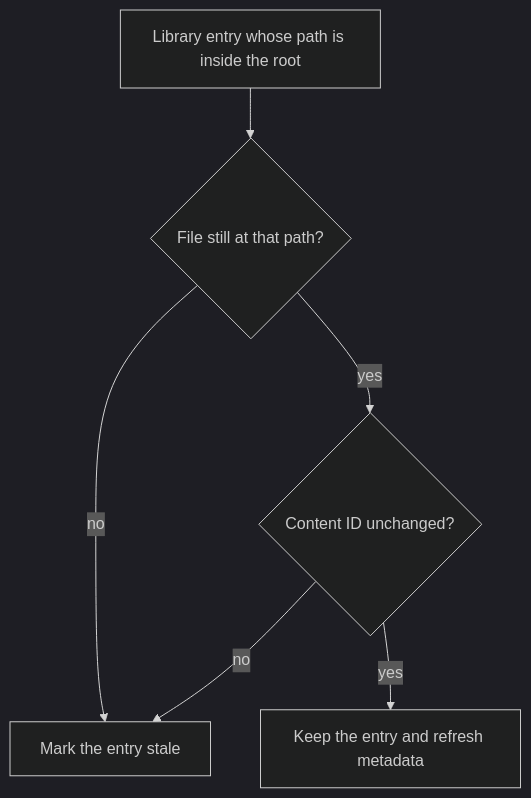
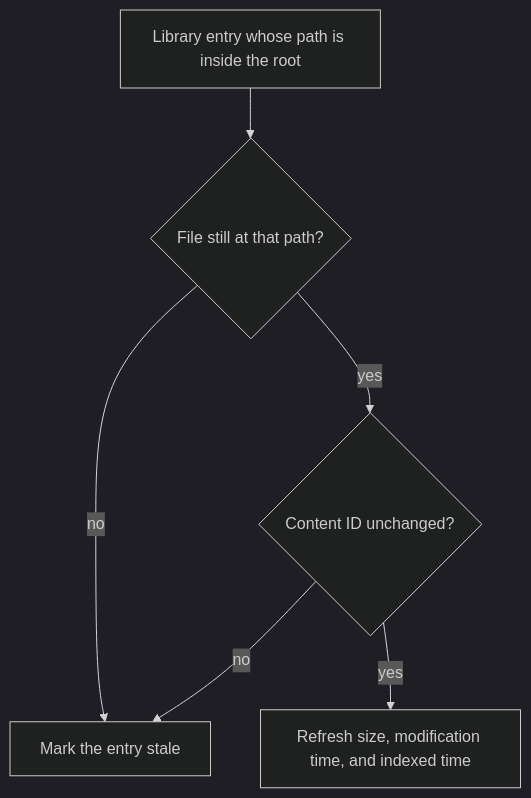
One commit to cionz0/hdsort changed the fifth of 6 diagrams in docs/architecture.md. Above: the diagram before and after it, drawn with Mermaid (dark theme). The commit also changed other lines of this file and 16 other files, not shown here.

````diff
--- a/docs/architecture.md
+++ b/docs/architecture.md
@@ -162,13 +162,13 @@
 ```mermaid
 flowchart TD
   entry[Library entry whose path is inside the root]
   exists{File still at that path?}
   same{Content ID unchanged?}
-  refresh[Keep the entry and refresh metadata]
+  refresh[Refresh size, modification time, and indexed time]
   stale[Mark the entry stale]
   entry --> exists
   exists -->|no| stale
   exists -->|yes| same
   same -->|yes| refresh
   same -->|no| stale
 ```
````
